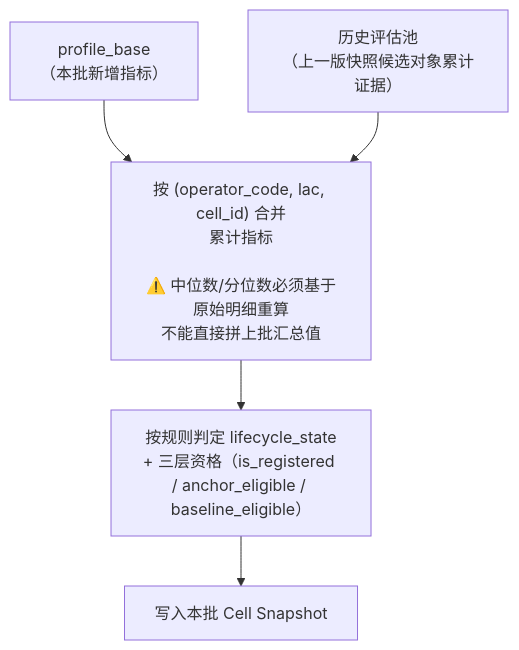
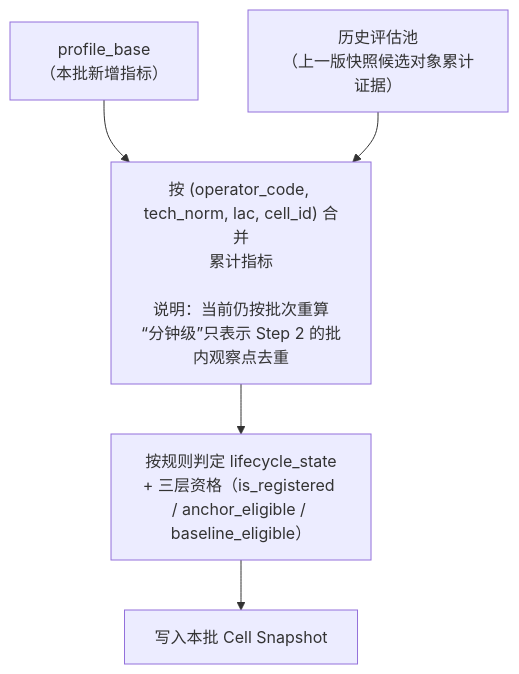
One commit to laoyang75/OptiNet changed the fourth of 9 diagrams in rebuild5/docs/human_guide/03_Step3_流式质量评估.md. Above: the diagram before and after it, drawn with Mermaid. The commit also changed other lines of this file and 141 other files, not shown here.

````diff
--- a/rebuild5/docs/human_guide/03_Step3_流式质量评估.md
+++ b/rebuild5/docs/human_guide/03_Step3_流式质量评估.md
@@ -96,15 +96,15 @@
 ```mermaid
 flowchart TD
     PB["profile_base\n（本批新增指标）"]
     HIST["历史评估池\n（上一版快照候选对象累计证据）"]
 
-    MERGE["按 (operator_code, lac, cell_id) 合并\n累计指标\n\n⚠️ 中位数/分位数必须基于原始明细重算\n不能直接拼上批汇总值"]
+    MERGE["按 (operator_code, tech_norm, lac, cell_id) 合并\n累计指标\n\n说明：当前仍按批次重算\n“分钟级”只表示 Step 2 的批内观察点去重"]
 
     JUDGE["按规则判定 lifecycle_state\n+ 三层资格（is_registered / anchor_eligible / baseline_eligible）"]
 
     SNAPSHOT["写入本批 Cell Snapshot"]
 
     PB --> MERGE
     HIST --> MERGE
     MERGE --> JUDGE --> SNAPSHOT
 ```
````
